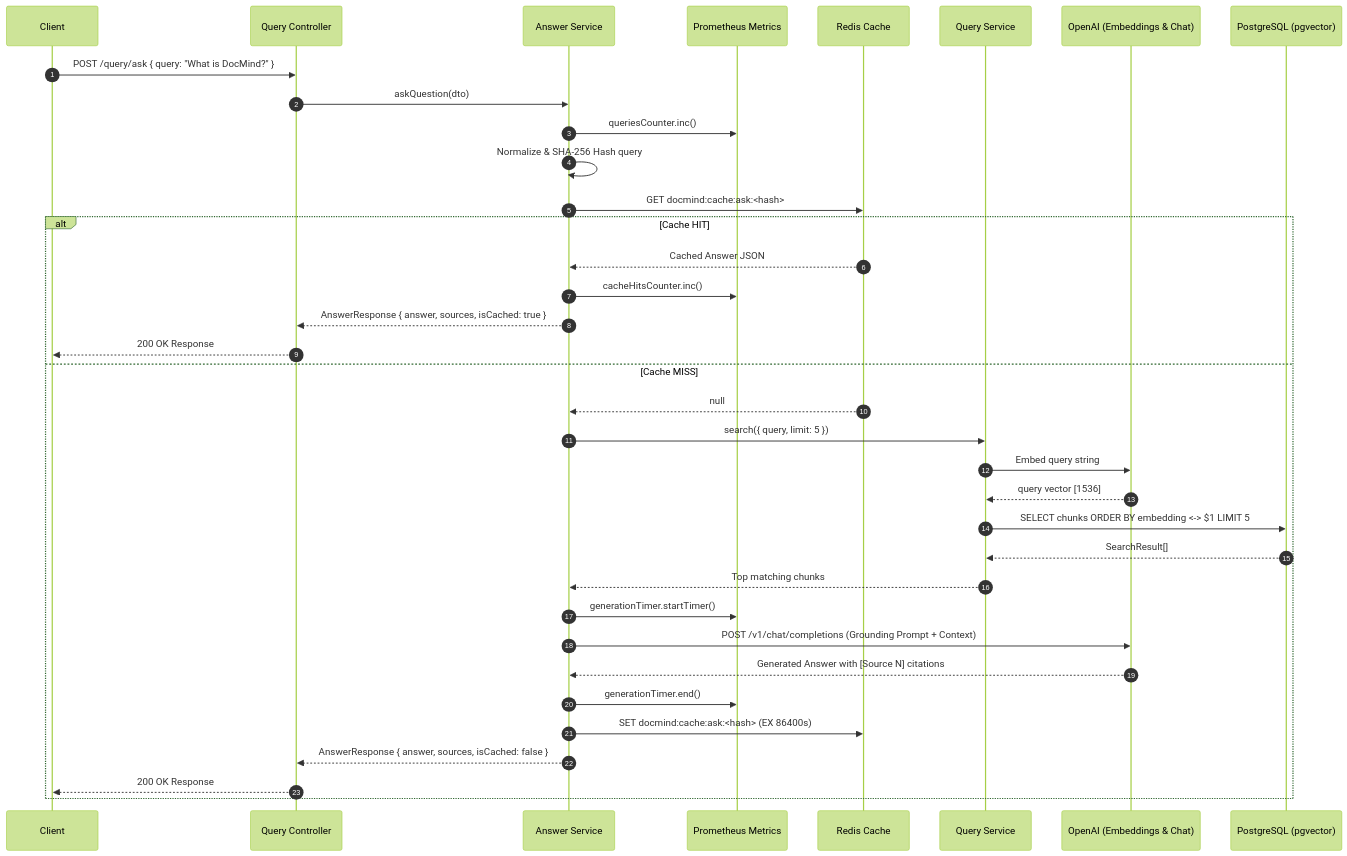
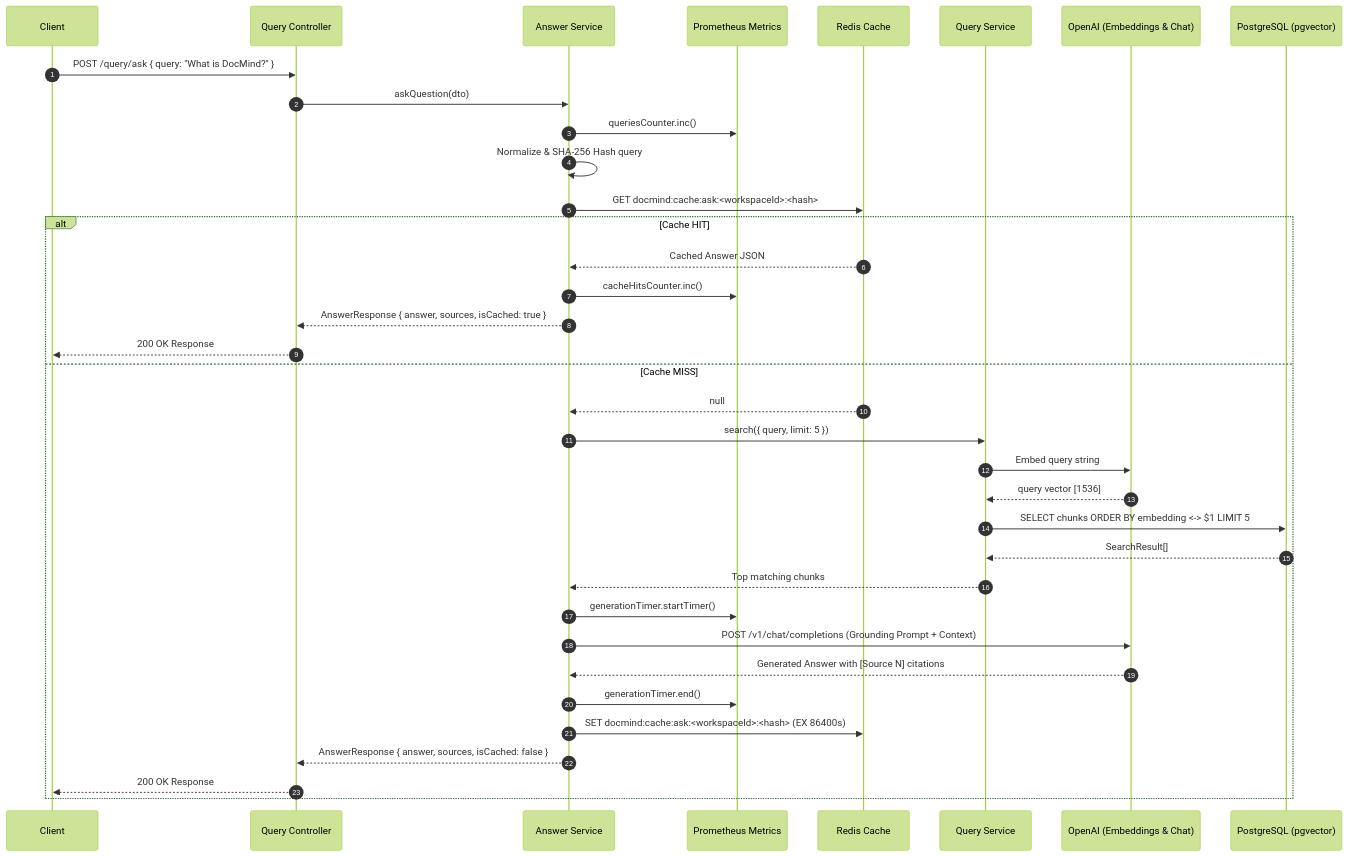
The fourth of 10 diagrams in README.md (mo74x/Docmind), drawn with Mermaid (forest theme) before and after one commit. The commit also changed other lines of this file and 36 other files, not shown here.

````diff
--- a/README.md
+++ b/README.md
@@ -296,41 +329,41 @@
 ```mermaid
 sequenceDiagram
     autonumber
     participant Client
     participant Controller as Query Controller
     participant AnswerSvc as Answer Service
     participant Prometheus as Prometheus Metrics
     participant Redis as Redis Cache
     participant QuerySvc as Query Service
     participant OpenAI as OpenAI (Embeddings & Chat)
     participant DB as PostgreSQL (pgvector)
 
     Client->>Controller: POST /query/ask { query: "What is DocMind?" }
     Controller->>AnswerSvc: askQuestion(dto)
     AnswerSvc->>Prometheus: queriesCounter.inc()
     AnswerSvc->>AnswerSvc: Normalize & SHA-256 Hash query
-    AnswerSvc->>Redis: GET docmind:cache:ask:<hash>
+    AnswerSvc->>Redis: GET docmind:cache:ask:<workspaceId>:<hash>
     
     alt Cache HIT
         Redis-->>AnswerSvc: Cached Answer JSON
         AnswerSvc->>Prometheus: cacheHitsCounter.inc()
         AnswerSvc-->>Controller: AnswerResponse { answer, sources, isCached: true }
         Controller-->>Client: 200 OK Response
     else Cache MISS
         Redis-->>AnswerSvc: null
         AnswerSvc->>QuerySvc: search({ query, limit: 5 })
         QuerySvc->>OpenAI: Embed query string
         OpenAI-->>QuerySvc: query vector [1536]
         QuerySvc->>DB: SELECT chunks ORDER BY embedding <-> $1 LIMIT 5
         DB-->>QuerySvc: SearchResult[]
         QuerySvc-->>AnswerSvc: Top matching chunks
         
         AnswerSvc->>Prometheus: generationTimer.startTimer()
         AnswerSvc->>OpenAI: POST /v1/chat/completions (Grounding Prompt + Context)
         OpenAI-->>AnswerSvc: Generated Answer with [Source N] citations
         AnswerSvc->>Prometheus: generationTimer.end()
-        AnswerSvc->>Redis: SET docmind:cache:ask:<hash> (EX 86400s)
+        AnswerSvc->>Redis: SET docmind:cache:ask:<workspaceId>:<hash> (EX 86400s)
         AnswerSvc-->>Controller: AnswerResponse { answer, sources, isCached: false }
         Controller-->>Client: 200 OK Response
     end
 ```
````
